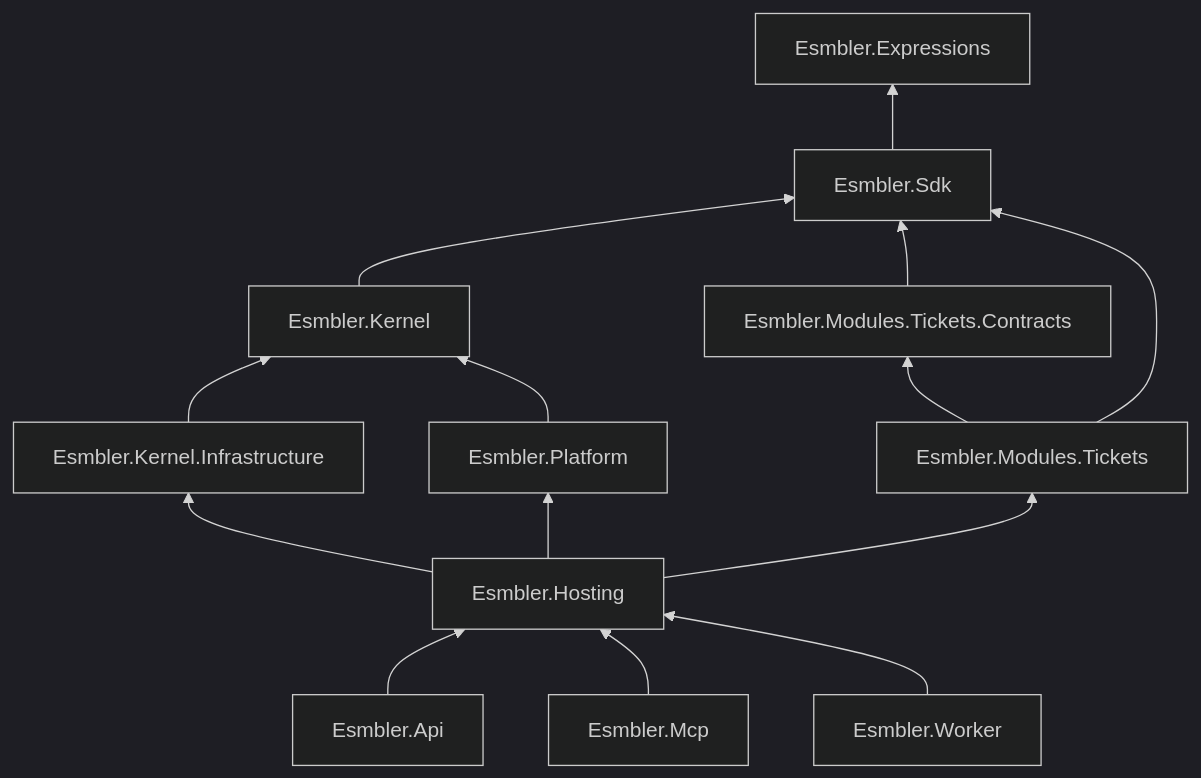
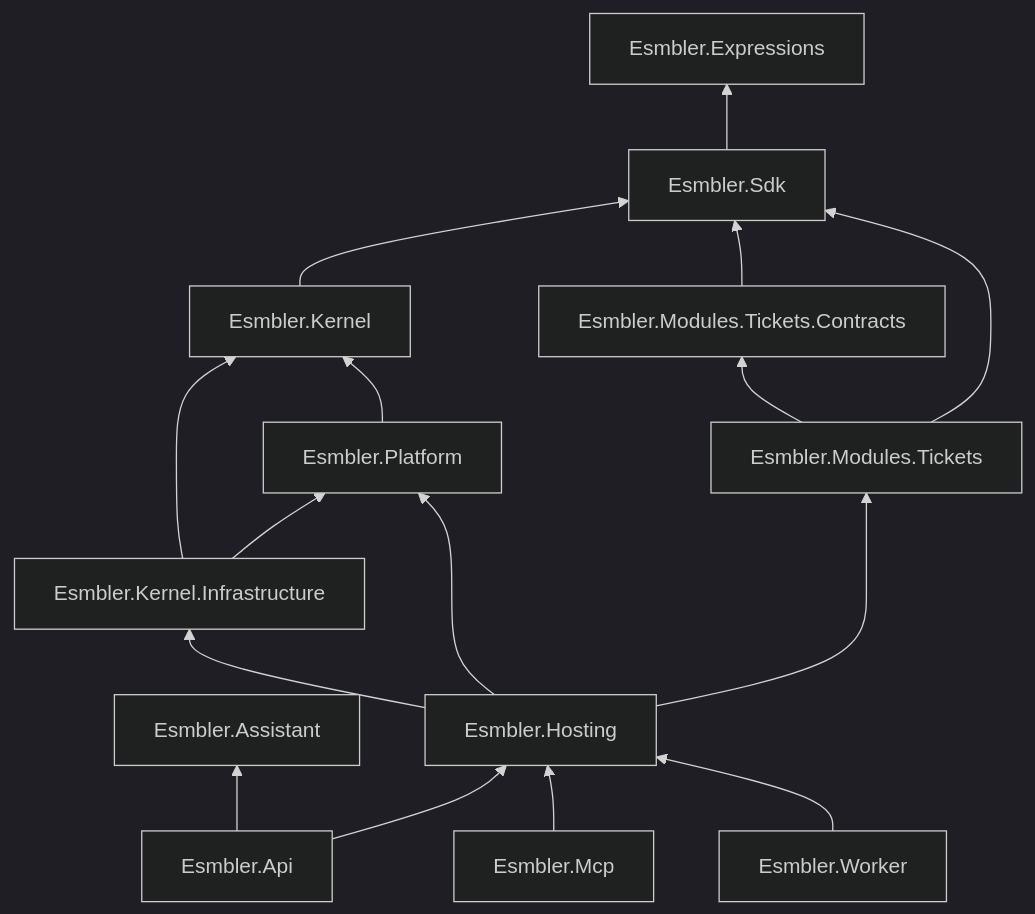
One commit to DeadEndGG/esmbler changed the sixth of 7 diagrams in docs/architecture/overview.md. Above: the diagram before and after it, drawn with Mermaid (dark theme). The commit also changed other lines of this file and 35 other files, not shown here.

````diff
--- a/docs/architecture/overview.md
+++ b/docs/architecture/overview.md
@@ -244,27 +245,30 @@
 ```mermaid
 flowchart BT
     expr[Esmbler.Expressions]
     sdk[Esmbler.Sdk]
     kernel[Esmbler.Kernel]
     infra[Esmbler.Kernel.Infrastructure]
     platform[Esmbler.Platform]
+    assistant[Esmbler.Assistant]
     tc[Esmbler.Modules.Tickets.Contracts]
     tm[Esmbler.Modules.Tickets]
     hosting[Esmbler.Hosting]
     api[Esmbler.Api]
     mcp[Esmbler.Mcp]
     worker[Esmbler.Worker]
     sdk --> expr
     kernel --> sdk
     infra --> kernel
+    infra --> platform
     platform --> kernel
     tc --> sdk
     tm --> sdk
     tm --> tc
     hosting --> infra
     hosting --> platform
     hosting --> tm
     api --> hosting
+    api --> assistant
     mcp --> hosting
     worker --> hosting
 ```
````
